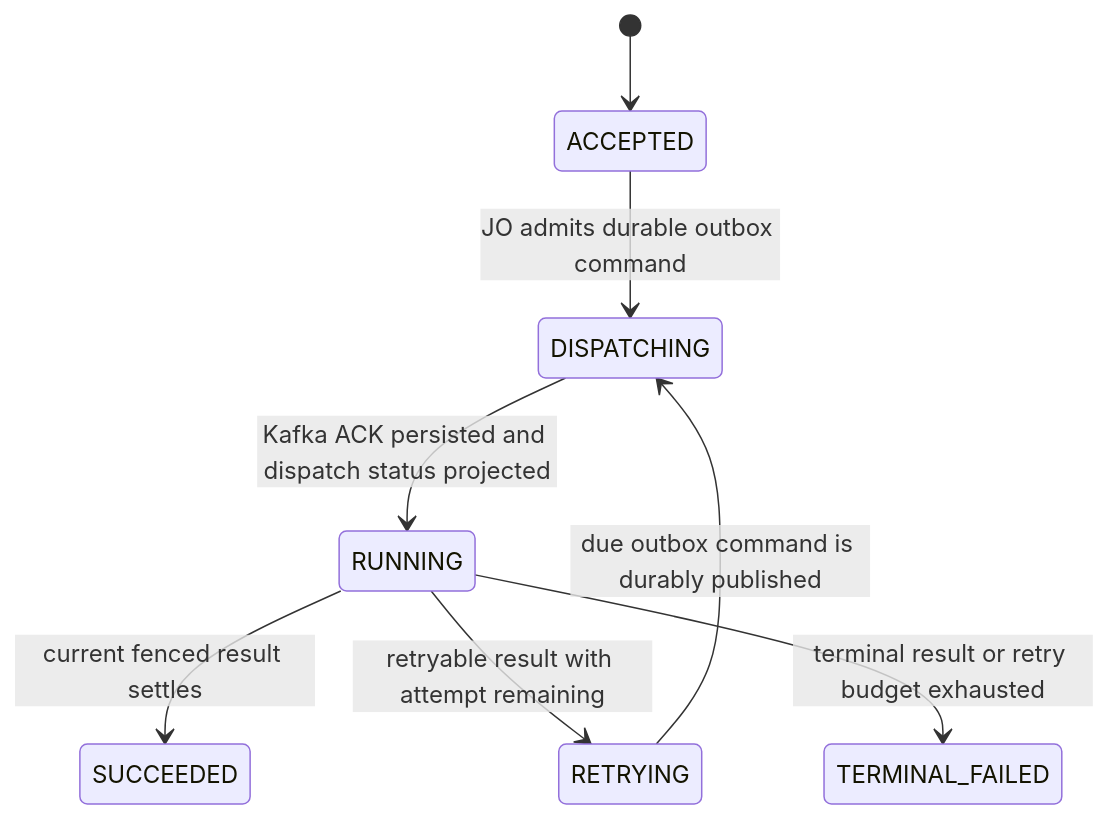
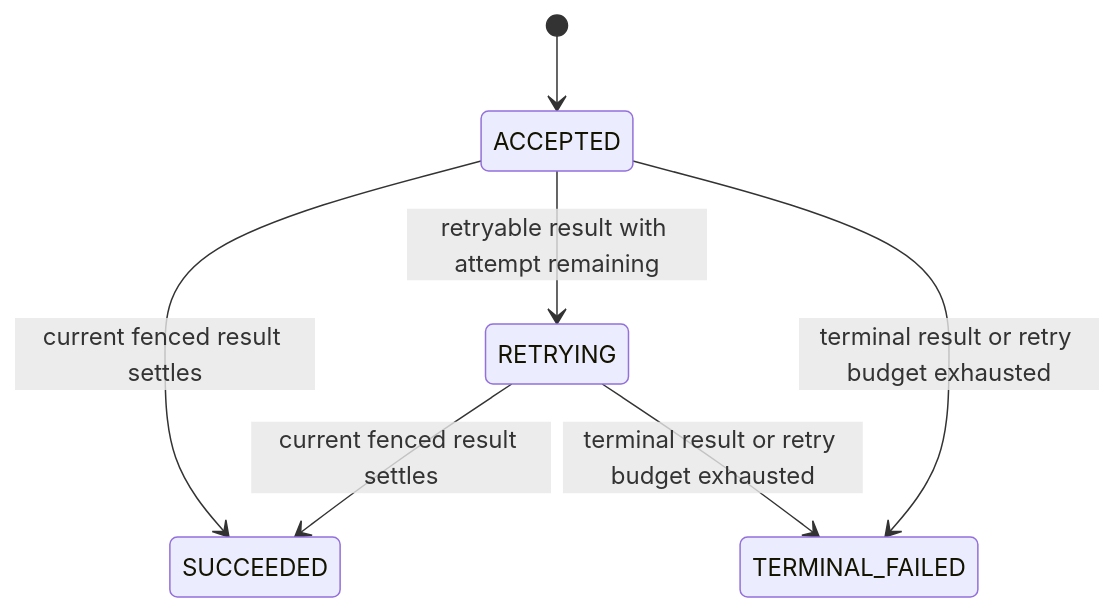
One commit to phucle996/aurora changed the second of 4 diagrams in god_view/managedservice/managed_service_lifecycle_god_view.md. Above: the diagram before and after it, drawn with Mermaid. The commit also changed other lines of this file and 44 other files, not shown here.

````diff
--- a/god_view/managedservice/managed_service_lifecycle_god_view.md
+++ b/god_view/managedservice/managed_service_lifecycle_god_view.md
@@ -114,10 +114,9 @@
 ```mermaid
 stateDiagram-v2
     [*] --> ACCEPTED
-    ACCEPTED --> DISPATCHING: JO admits durable outbox command
-    DISPATCHING --> RUNNING: Kafka ACK persisted and dispatch status projected
-    RUNNING --> SUCCEEDED: current fenced result settles
-    RUNNING --> RETRYING: retryable result with attempt remaining
-    RETRYING --> DISPATCHING: due outbox command is durably published
-    RUNNING --> TERMINAL_FAILED: terminal result or retry budget exhausted
+    ACCEPTED --> SUCCEEDED: current fenced result settles
+    ACCEPTED --> RETRYING: retryable result with attempt remaining
+    RETRYING --> SUCCEEDED: current fenced result settles
+    ACCEPTED --> TERMINAL_FAILED: terminal result or retry budget exhausted
+    RETRYING --> TERMINAL_FAILED: terminal result or retry budget exhausted
 ```
````
